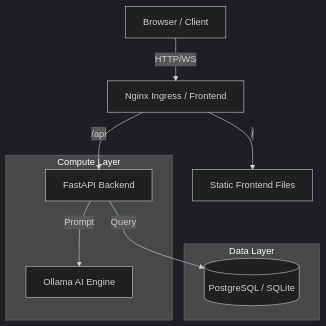
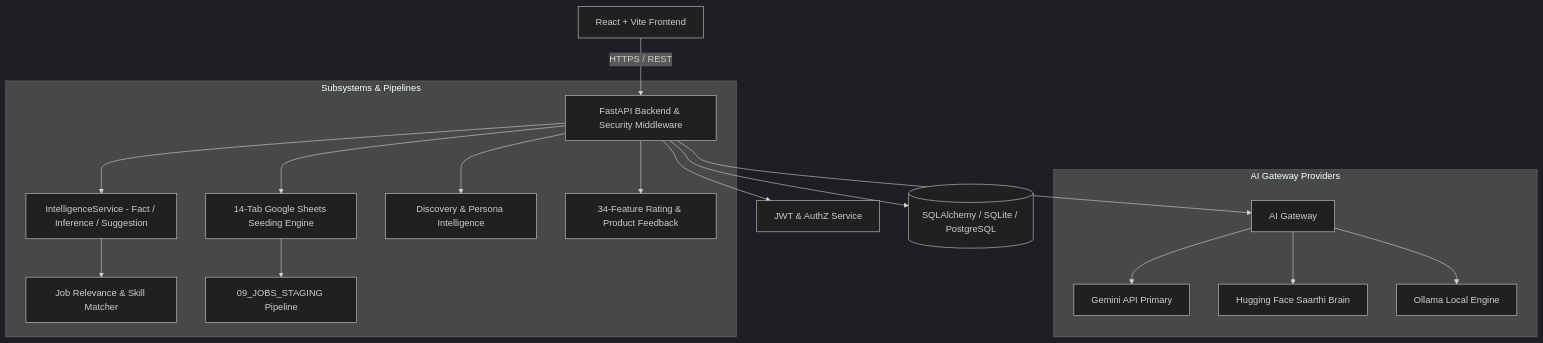
The diagram in docs/ARCHITECTURE.md (Balama2520/SaarthiLink), drawn with Mermaid (dark theme) before and after one commit. The commit also changed other lines of this file and 341 other files, not shown here.

````diff
--- a/docs/ARCHITECTURE.md
+++ b/docs/ARCHITECTURE.md
@@ -14,18 +11,22 @@
 ```mermaid
 graph TD
-    Client[Browser / Client] -->|HTTP/WS| Ingress[Nginx Ingress / Frontend]
-    Ingress -->|/api| API[FastAPI Backend]
-    Ingress -->|/| UI[Static Frontend Files]
-    
-    API -->|Prompt| Ollama[Ollama AI Engine]
-    API -->|Query| DB[(PostgreSQL / SQLite)]
-    
-    subgraph Data Layer
-        DB
+    Client[React + Vite Frontend] -->|HTTPS / REST| Gateway[FastAPI Backend & Security Middleware]
+    Gateway --> Auth[JWT & AuthZ Service]
+    Gateway --> Intelligence[IntelligenceService - Fact / Inference / Suggestion]
+    Gateway --> AIGateway[AI Gateway]
+    Gateway --> SheetsEngine[14-Tab Google Sheets Seeding Engine]
+    Gateway --> DB[(SQLAlchemy / SQLite / PostgreSQL)]
+
+    subgraph AI Gateway Providers
+        AIGateway --> Gemini[Gemini API Primary]
+        AIGateway --> HF[Hugging Face Saarthi Brain]
+        AIGateway --> Ollama[Ollama Local Engine]
     end
-    
-    subgraph Compute Layer
-        API
-        Ollama
+
+    subgraph Subsystems & Pipelines
+        Intelligence --> Matching[Job Relevance & Skill Matcher]
+        SheetsEngine --> Staging[09_JOBS_STAGING Pipeline]
+        Gateway --> Discovery[Discovery & Persona Intelligence]
+        Gateway --> Feedback[34-Feature Rating & Product Feedback]
     end
 ```
````
